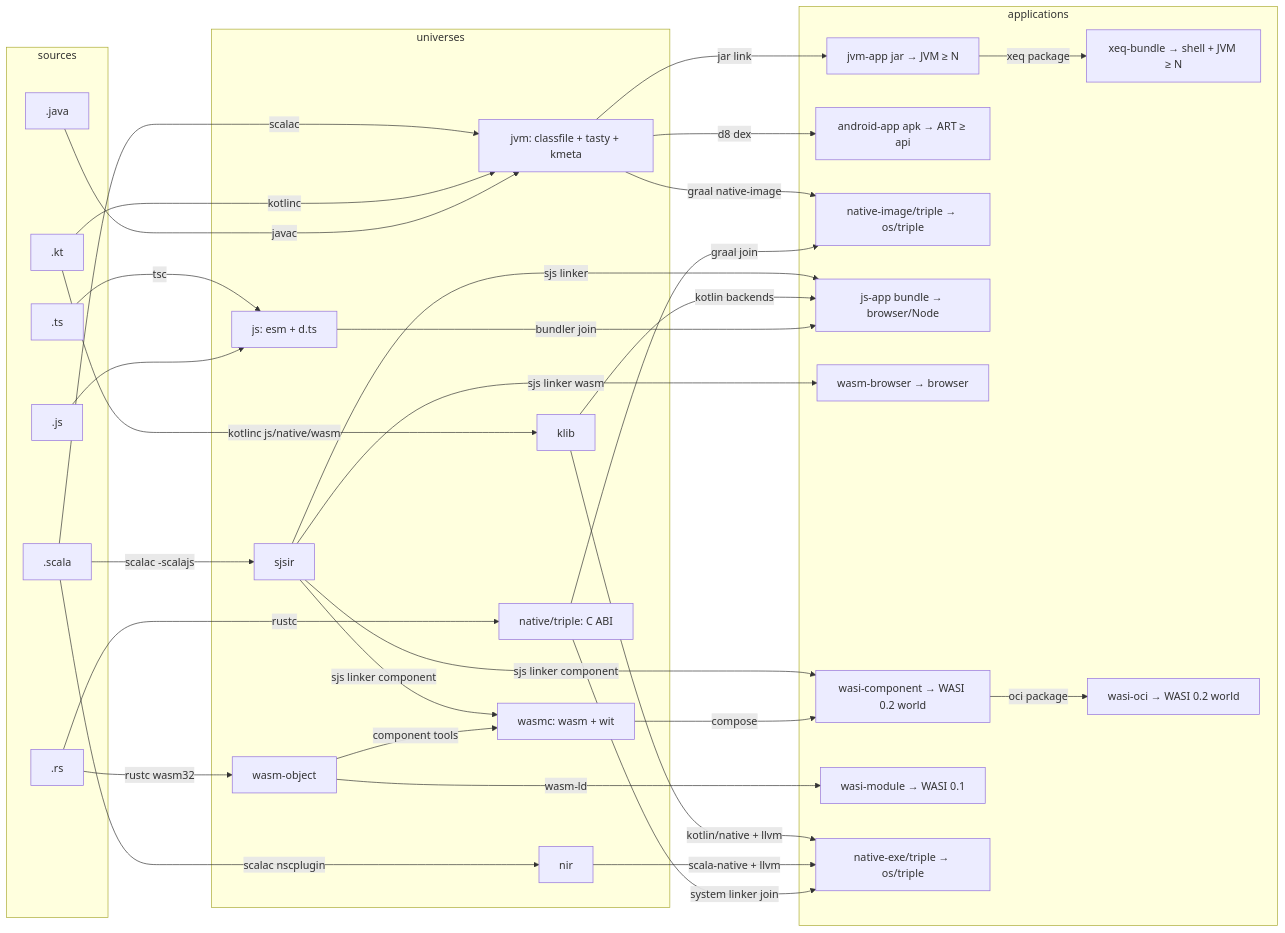
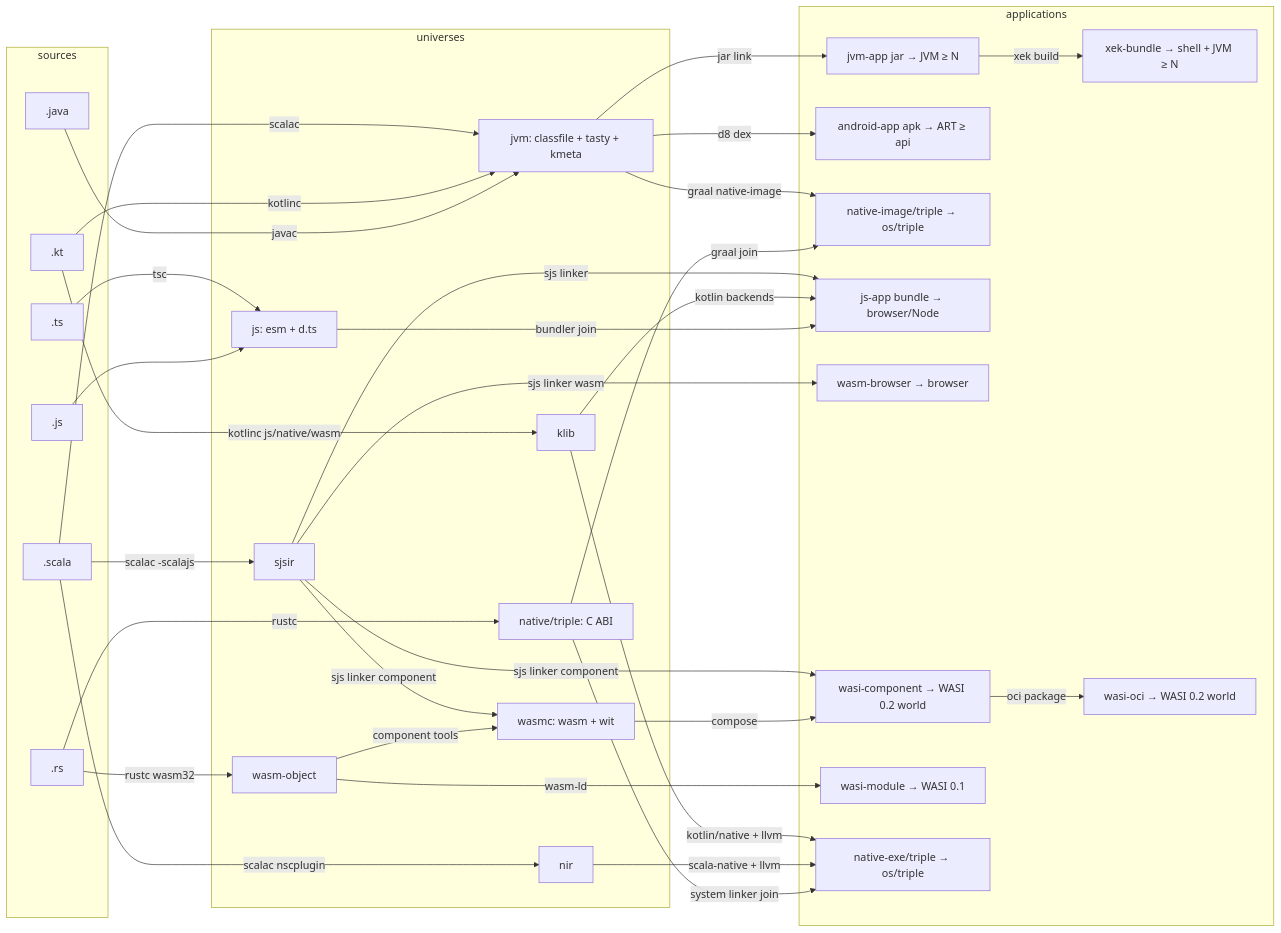
The diagram in design/universes.md (propensive/lira), drawn with Mermaid before and after one commit. The commit also changed other lines of this file and 9 other files, not shown here.

First line of the commit message:
Package with xek 1.3.0, and release in the `release` environment (#43)

````diff
--- a/design/universes.md
+++ b/design/universes.md
@@ -163,60 +163,60 @@
 ```mermaid
 graph LR
   subgraph sources
     SCALA[.scala]; KT[.kt]; JAVA[.java]; TS[.ts]; JS_SRC[.js]; RS[.rs]
   end
 
   subgraph universes
     JVM[jvm: classfile + tasty + kmeta]
     SJSIR[sjsir]
     NIR[nir]
     JSU[js: esm + d.ts]
     KLIB[klib]
     COMP[wasmc: wasm + wit]
     NATIVE[native/triple: C ABI]
     WOBJ[wasm-object]
   end
 
   subgraph applications
     JAR[jvm-app jar → JVM ≥ N]
     APK[android-app apk → ART ≥ api]
-    XEQ[xeq-bundle → shell + JVM ≥ N]
+    XEK[xek-bundle → shell + JVM ≥ N]
     NIMG[native-image/triple → os/triple]
     JSAPP[js-app bundle → browser/Node]
     WASMB[wasm-browser → browser]
     WASI2[wasi-component → WASI 0.2 world]
     WASIOCI[wasi-oci → WASI 0.2 world]
     WASI1[wasi-module → WASI 0.1]
     EXE[native-exe/triple → os/triple]
   end
 
   SCALA -->|scalac| JVM
   SCALA -->|scalac -scalajs| SJSIR
   SCALA -->|scalac nscplugin| NIR
   KT -->|kotlinc| JVM
   KT -->|kotlinc js/native/wasm| KLIB
   JAVA -->|javac| JVM
   TS -->|tsc| JSU
   JS_SRC --> JSU
   RS -->|rustc| NATIVE
   RS -->|rustc wasm32| WOBJ
 
   JVM -->|jar link| JAR
   JVM -->|d8 dex| APK
   JVM -->|graal native-image| NIMG
-  JAR -->|xeq package| XEQ
+  JAR -->|xek build| XEK
   SJSIR -->|sjs linker| JSAPP
   SJSIR -->|sjs linker wasm| WASMB
   SJSIR -->|sjs linker component| WASI2
   SJSIR -->|sjs linker component| COMP
   WASI2 -->|oci package| WASIOCI
   KLIB -->|kotlin backends| JSAPP
   KLIB -->|kotlin/native + llvm| EXE
   NIR -->|scala-native + llvm| EXE
   JSU -->|bundler join| JSAPP
   NATIVE -->|system linker join| EXE
   NATIVE -->|graal join| NIMG
   WOBJ -->|wasm-ld| WASI1
   WOBJ -->|component tools| COMP
   COMP -->|compose| WASI2
 ```
````
